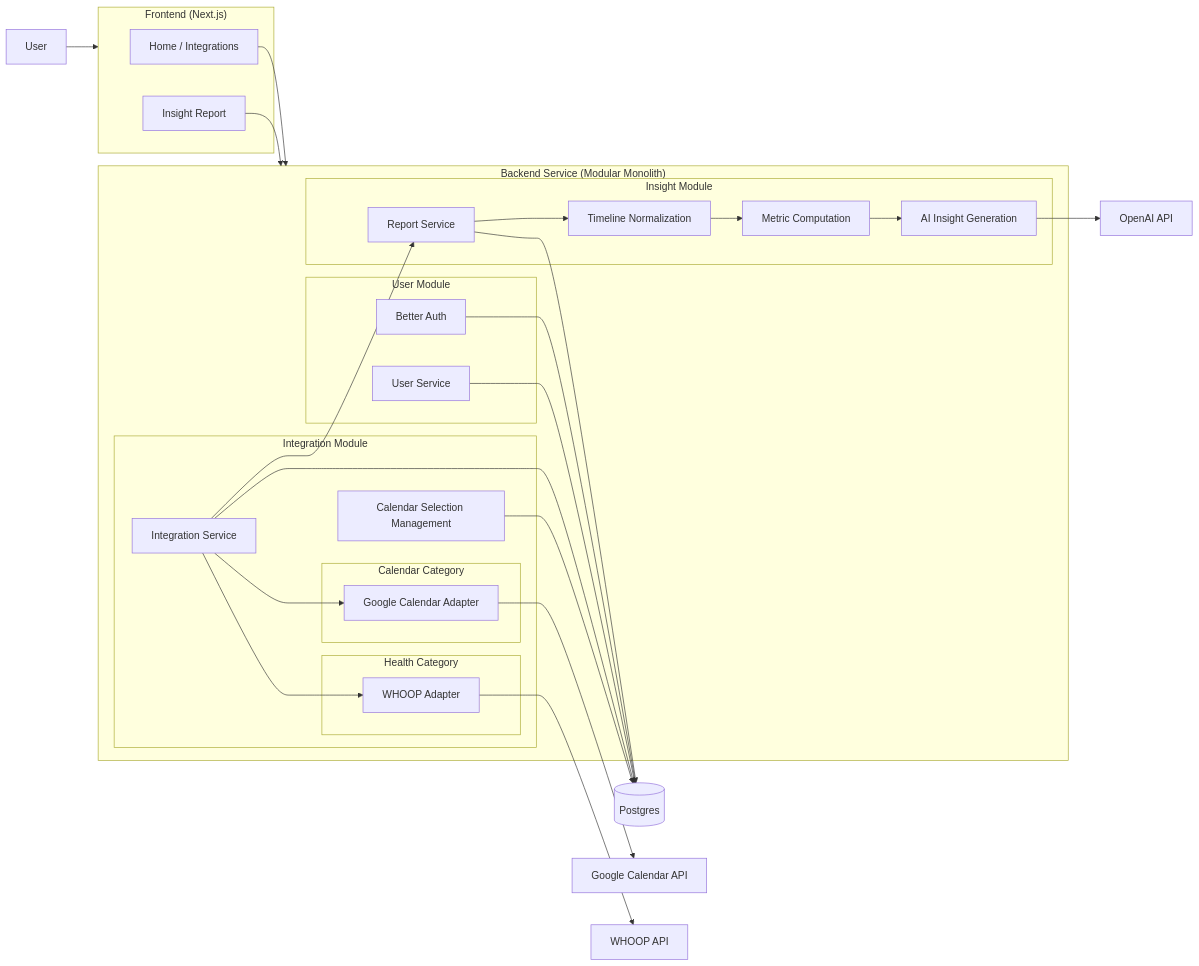
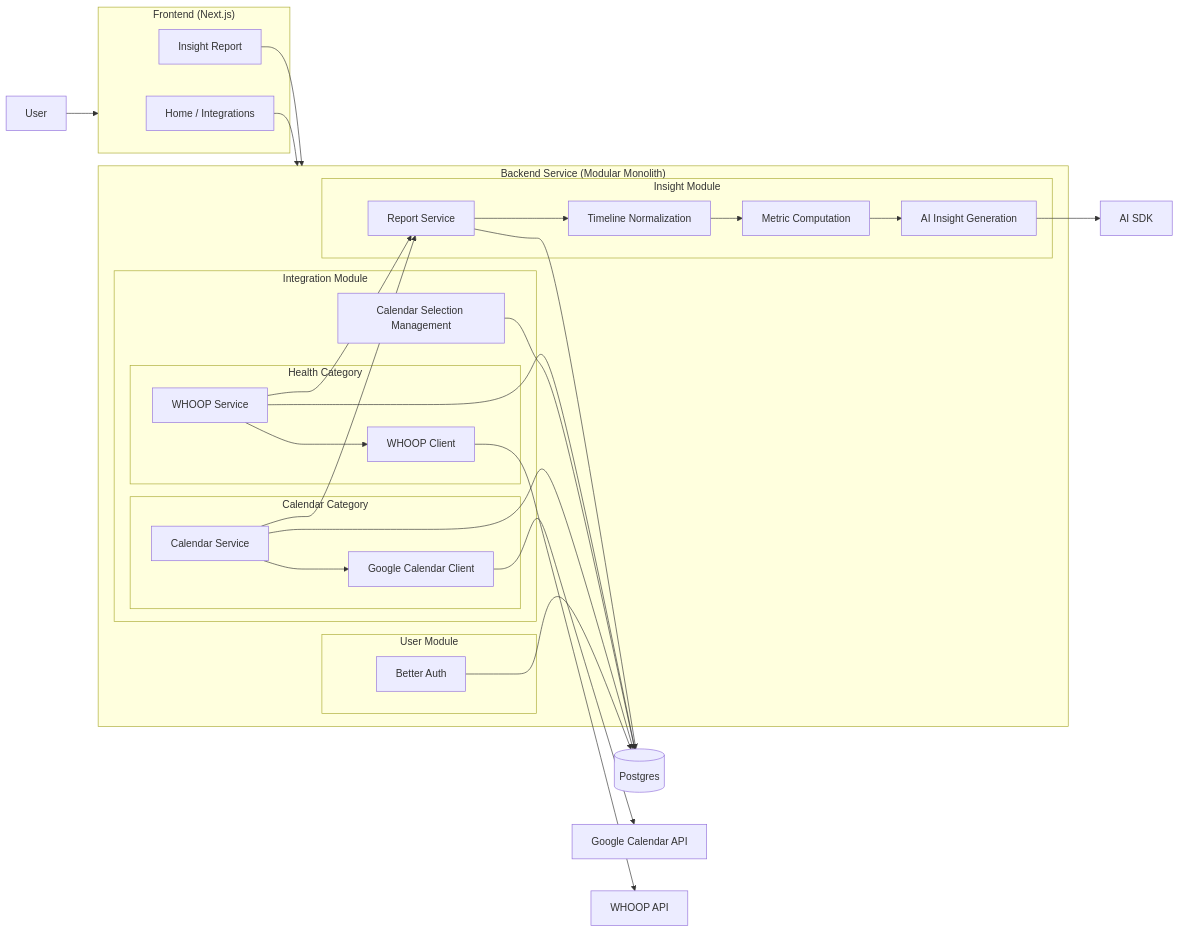
One commit to TheodoreChuang/my-subscriptions changed the second of 2 diagrams in README.md. Above: the diagram before and after it, drawn with Mermaid. The commit also changed other lines of this file and 2 other files, not shown here.

````diff
--- a/README.md
+++ b/README.md
@@ -126,77 +170,77 @@
 ```mermaid
 flowchart LR
 
 User["User"]
 
 subgraph Frontend["Frontend (Next.js)"]
     Home["Home / Integrations"]
     ReportUI["Insight Report"]
 end
 
 subgraph Backend["Backend Service (Modular Monolith)"]
 
     subgraph UserModule["User Module"]
         Auth["Better Auth"]
-        UserService["User Service"]
     end
 
     subgraph IntegrationModule["Integration Module"]
 
-        IntegrationService["Integration Service"]
-
         subgraph CalendarCategory["Calendar Category"]
-            GoogleAdapter["Google Calendar Adapter"]
+            CalendarService["Calendar Service"]
+            GoogleCalendarClient["Google Calendar Client"]
         end
 
         subgraph HealthCategory["Health Category"]
-            WhoopAdapter["WHOOP Adapter"]
+            WhoopService["WHOOP Service"]
+            WhoopClient["WHOOP Client"]
         end
 
         CalendarSelection["Calendar Selection Management"]
     end
 
     subgraph InsightModule["Insight Module"]
 
         ReportService["Report Service"]
 
         Timeline["Timeline Normalization"]
 
         Metrics["Metric Computation"]
 
         AI["AI Insight Generation"]
     end
 end
 
 DB[("Postgres")]
 
 Google["Google Calendar API"]
 Whoop["WHOOP API"]
-OpenAI["OpenAI API"]
+AISDK["AI SDK"]
 
 User --> Frontend
 
 Home --> Backend
 ReportUI --> Backend
 
 Auth --> DB
-UserService --> DB
 
-IntegrationService --> DB
+CalendarService --> DB
 CalendarSelection --> DB
+WhoopService --> DB
 
 ReportService --> DB
 
-IntegrationService --> GoogleAdapter
-IntegrationService --> WhoopAdapter
+CalendarService --> GoogleCalendarClient
+WhoopService --> WhoopClient
 
-GoogleAdapter --> Google
-WhoopAdapter --> Whoop
+GoogleCalendarClient --> Google
+WhoopClient --> Whoop
 
 ReportService --> Timeline
 Timeline --> Metrics
 Metrics --> AI
 
-AI --> OpenAI
+AI --> AISDK
 
-IntegrationService --> ReportService
+CalendarService --> ReportService
+WhoopService --> ReportService
 ```
````
